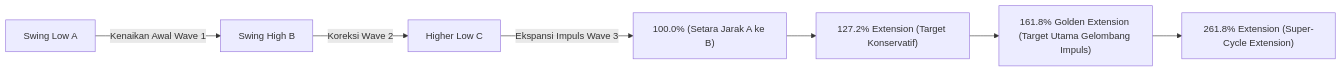
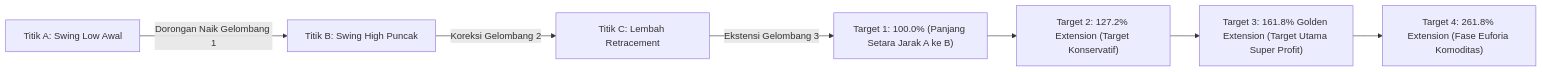
Before and after one commit to AlulCode45/Trading-Learning-Path: the fifth of 6 diagrams in docs/edianto-ong/23-fibonacci-dan-retracements.md, drawn with Mermaid. The commit also changed other lines of this file and 29 other files, not shown here.

Commit message:
docs(edianto-ong): upgrade all 29 chapters with beginner analogies, diagrams, step-by-step guides, and case studies

````diff
--- a/docs/edianto-ong/23-fibonacci-dan-retracements.md
+++ b/docs/edianto-ong/23-fibonacci-dan-retracements.md
@@ -86,9 +145,9 @@
 ```mermaid
 flowchart LR
-    A["Swing Low A"] -->|Kenaikan Awal Wave 1| B["Swing High B"]
-    B -->|Koreksi Wave 2| C["Higher Low C"]
-    C -->|Ekspansi Impuls Wave 3| Target1["100.0% (Setara Jarak A ke B)"]
-    Target1 --> Target2["127.2% Extension (Target Konservatif)"]
-    Target2 --> Target3["161.8% Golden Extension (Target Utama Gelombang Impuls)"]
-    Target3 --> Target4["261.8% Extension (Super-Cycle Extension)"]
+    A["Titik A: Swing Low Awal"] -->|Dorongan Naik Gelombang 1| B["Titik B: Swing High Puncak"]
+    B -->|Koreksi Gelombang 2| C["Titik C: Lembah Retracement"]
+    C -->|Ekstensi Gelombang 3| T1["Target 1: 100.0% (Panjang Setara Jarak A ke B)"]
+    T1 --> T2["Target 2: 127.2% Extension (Target Konservatif)"]
+    T2 --> T3["Target 3: 161.8% Golden Extension (Target Utama Super Profit)"]
+    T3 --> T4["Target 4: 261.8% Extension (Fase Euforia Komoditas)"]
 ```
````
